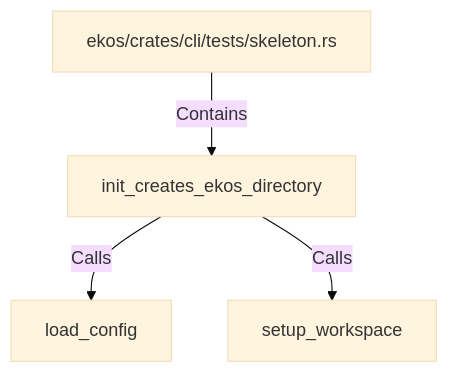
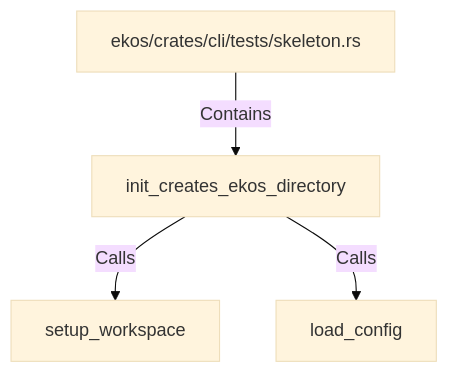
The diagram in doc/entities/rustsymbol/in/init-creates-ekos-directory.md (alexeyban/EKOS), drawn with Mermaid (base theme) before and after one commit. The commit also changed other lines of this file and 552 other files, not shown here.

````diff
--- a/doc/entities/rustsymbol/in/init-creates-ekos-directory.md
+++ b/doc/entities/rustsymbol/in/init-creates-ekos-directory.md
@@ -22,10 +22,10 @@
 ```mermaid
 graph TD
     n83a765f710045a659fda0e393a6a043b["init_creates_ekos_directory"]
     nc39b7026a2235e82b5c87ed254f6ba84["ekos/crates/cli/tests/skeleton.rs"]
     nc39b7026a2235e82b5c87ed254f6ba84 -->|Contains| n83a765f710045a659fda0e393a6a043b
+    nf8f102adbfb458548fb62200db5a7daf["setup_workspace"]
+    n83a765f710045a659fda0e393a6a043b -->|Calls| nf8f102adbfb458548fb62200db5a7daf
     nd1e71ee34e17505081bd5dd6a8cafafe["load_config"]
     n83a765f710045a659fda0e393a6a043b -->|Calls| nd1e71ee34e17505081bd5dd6a8cafafe
-    nf8f102adbfb458548fb62200db5a7daf["setup_workspace"]
-    n83a765f710045a659fda0e393a6a043b -->|Calls| nf8f102adbfb458548fb62200db5a7daf
 ```
````
